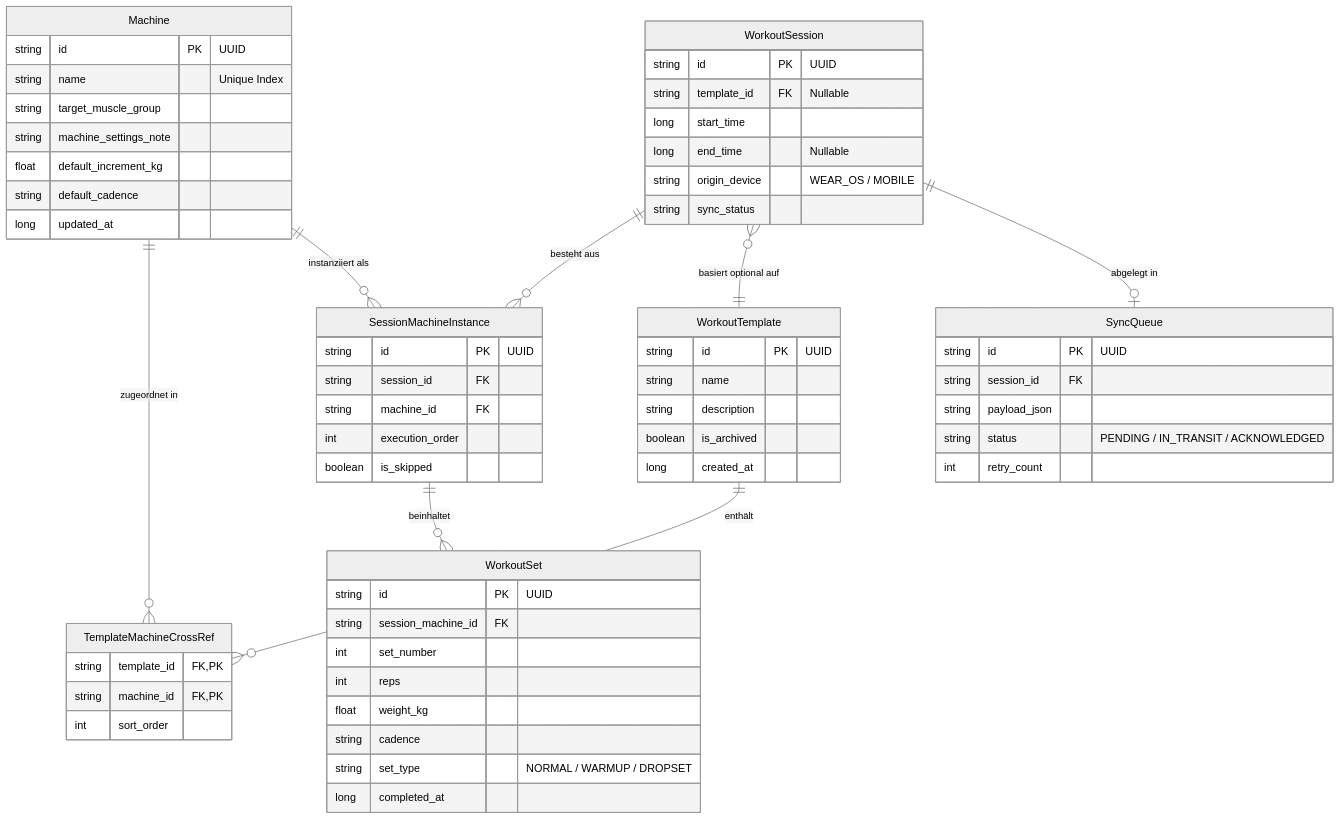
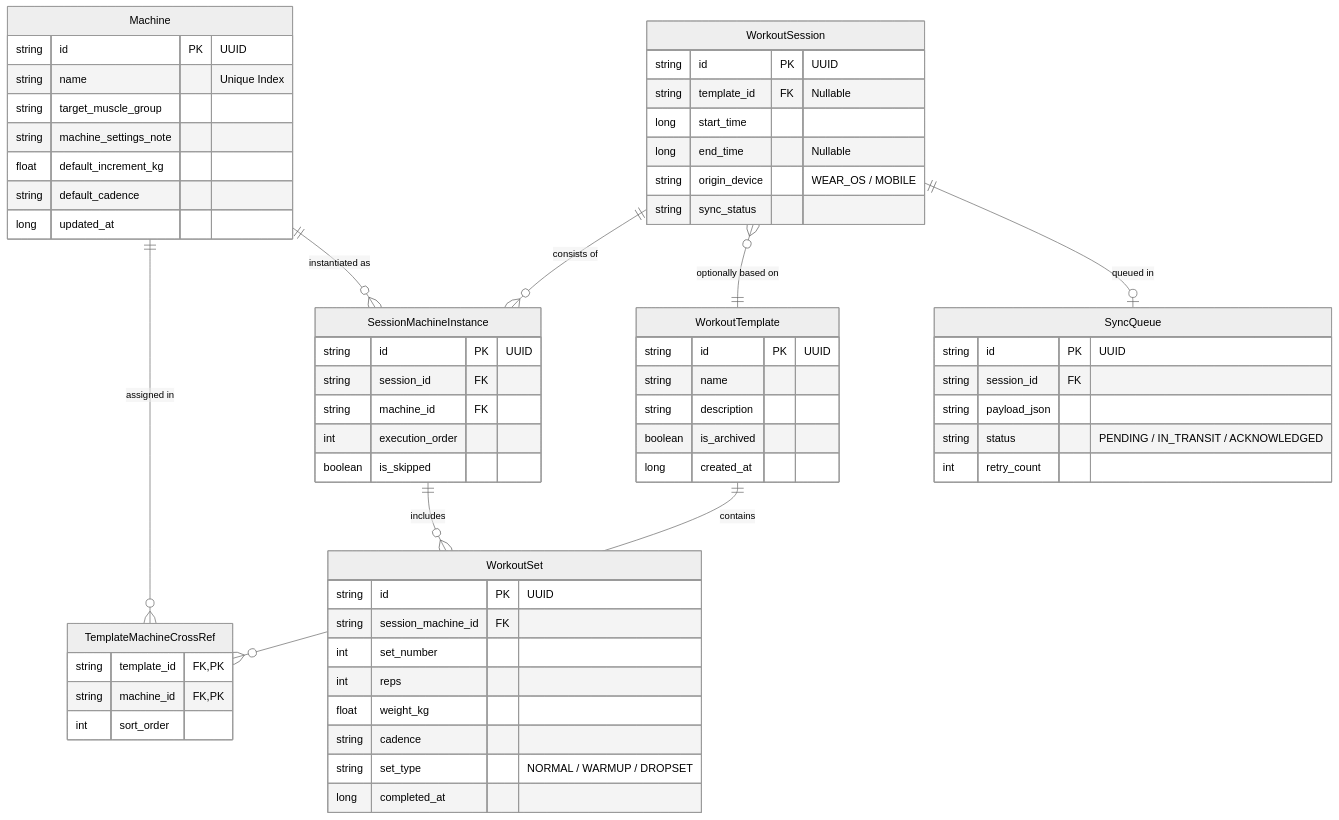
One commit to christian98b/LockerLift changed the third of 3 diagrams in README.md. Above: the diagram before and after it, drawn with Mermaid (neutral theme). The commit also changed other lines of this file and 16 other files, not shown here.

````diff
--- a/README.md
+++ b/README.md
@@ -140,70 +140,70 @@
 ```mermaid
 erDiagram
-    Machine ||--o{ TemplateMachineCrossRef : "zugeordnet in"
-    WorkoutTemplate ||--o{ TemplateMachineCrossRef : "enthält"
-    Machine ||--o{ SessionMachineInstance : "instanziiert als"
-    WorkoutSession ||--o{ SessionMachineInstance : "besteht aus"
-    WorkoutSession }o--|| WorkoutTemplate : "basiert optional auf"
-    SessionMachineInstance ||--o{ WorkoutSet : "beinhaltet"
-    WorkoutSession ||--o| SyncQueue : "abgelegt in"
+    Machine ||--o{ TemplateMachineCrossRef : "assigned in"
+    WorkoutTemplate ||--o{ TemplateMachineCrossRef : "contains"
+    Machine ||--o{ SessionMachineInstance : "instantiated as"
+    WorkoutSession ||--o{ SessionMachineInstance : "consists of"
+    WorkoutSession }o--|| WorkoutTemplate : "optionally based on"
+    SessionMachineInstance ||--o{ WorkoutSet : "includes"
+    WorkoutSession ||--o| SyncQueue : "queued in"
 
     Machine {
         string id PK "UUID"
         string name "Unique Index"
         string target_muscle_group
         string machine_settings_note
         float default_increment_kg
         string default_cadence
         long updated_at
     }
 
     WorkoutTemplate {
         string id PK "UUID"
         string name
         string description
         boolean is_archived
         long created_at
     }
 
     TemplateMachineCrossRef {
         string template_id FK, PK
         string machine_id FK, PK
         int sort_order
     }
 
     WorkoutSession {
         string id PK "UUID"
         string template_id FK "Nullable"
         long start_time
         long end_time "Nullable"
         string origin_device "WEAR_OS / MOBILE"
         string sync_status
     }
 
     SessionMachineInstance {
         string id PK "UUID"
         string session_id FK
         string machine_id FK
         int execution_order
         boolean is_skipped
     }
 
     WorkoutSet {
         string id PK "UUID"
         string session_machine_id FK
         int set_number
         int reps
         float weight_kg
         string cadence
         string set_type "NORMAL / WARMUP / DROPSET"
         long completed_at
     }
 
     SyncQueue {
         string id PK "UUID"
         string session_id FK
         string payload_json
         string status "PENDING / IN_TRANSIT / ACKNOWLEDGED"
         int retry_count
     }
 ```
````
